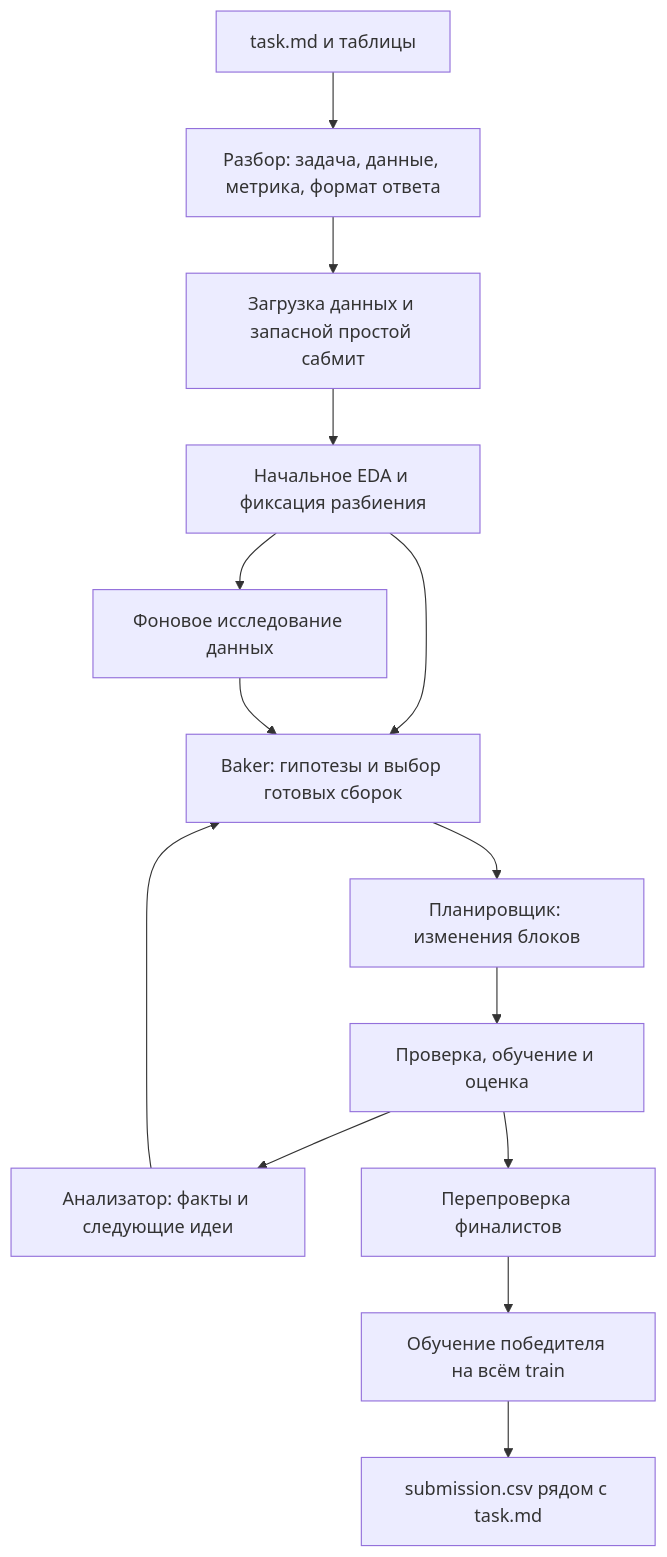
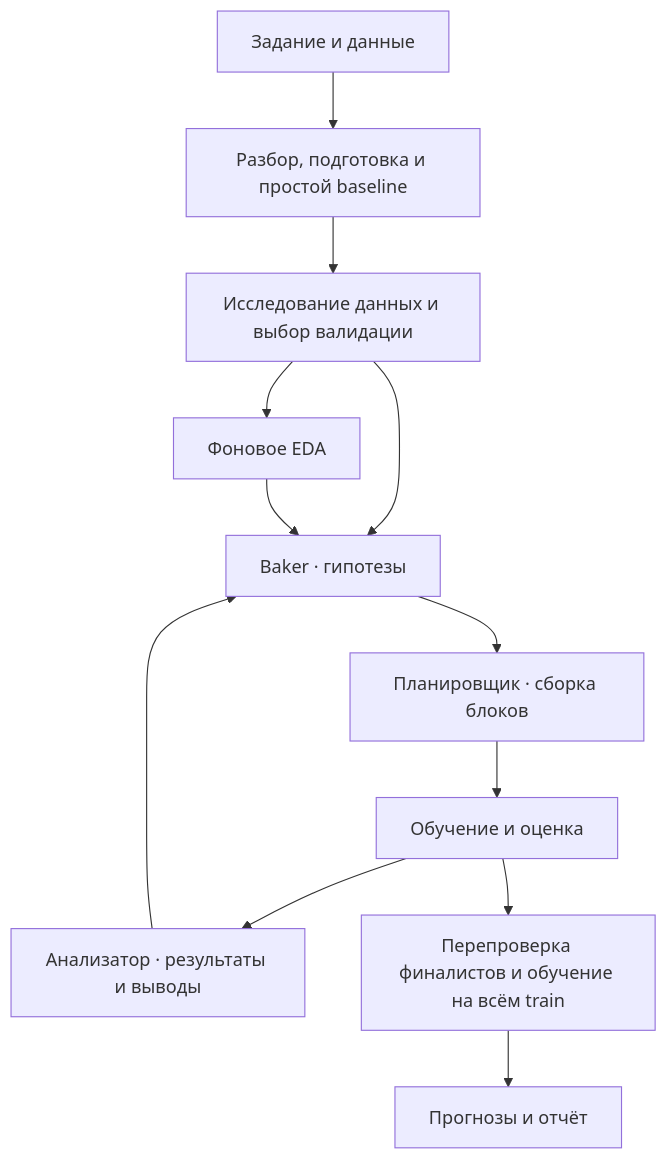
One commit to Slavaxexe/BlocksTreeAR changed the diagram in README.md. Above: the diagram before and after it, drawn with Mermaid. The commit also changed other lines of this file and 25 other files, not shown here.

````diff
--- a/README.md
+++ b/README.md
@@ -65,16 +78,14 @@
 ```mermaid
 flowchart TD
-    T["task.md и таблицы"] --> X["Разбор: задача, данные, метрика, формат ответа"]
-    X --> P["Загрузка данных и запасной простой сабмит"]
-    P --> E["Начальное EDA и фиксация разбиения"]
-    E --> B["Baker: гипотезы и выбор готовых сборок"]
-    B --> N["Планировщик: изменения блоков"]
-    N --> W["Проверка, обучение и оценка"]
-    W --> A["Анализатор: факты и следующие идеи"]
-    A --> B
-    E --> R["Фоновое исследование данных"]
-    R --> B
-    W --> V["Перепроверка финалистов"]
-    V --> F["Обучение победителя на всём train"]
-    F --> S["submission.csv рядом с task.md"]
+    Task["Задание и данные"] --> Prepare["Разбор, подготовка и простой baseline"]
+    Prepare --> EDA["Исследование данных и выбор валидации"]
+    EDA --> Baker["Baker · гипотезы"]
+    Baker --> Plan["Планировщик · сборка блоков"]
+    Plan --> Run["Обучение и оценка"]
+    Run --> Analyze["Анализатор · результаты и выводы"]
+    Analyze --> Baker
+    EDA --> Research["Фоновое EDA"]
+    Research --> Baker
+    Run --> Final["Перепроверка финалистов и обучение на всём train"]
+    Final --> Output["Прогнозы и отчёт"]
 ```
````
